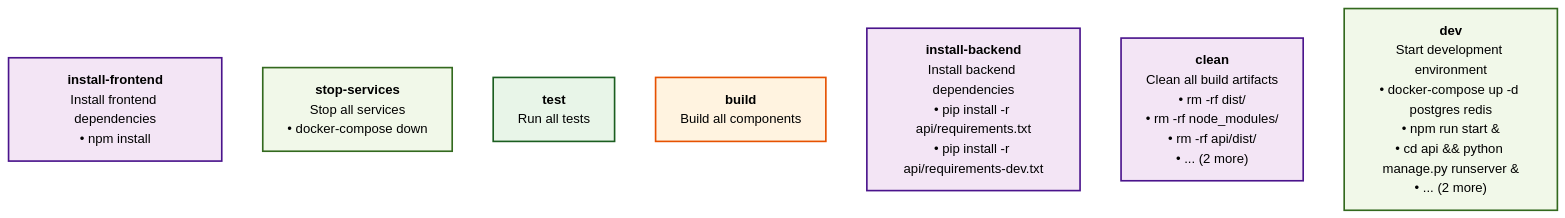
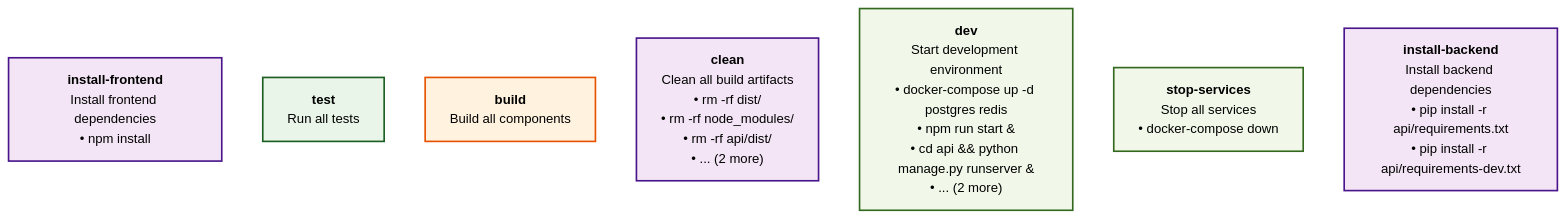
The diagram in examples/complex-webapp/.discovery/pipeline-analyzer/gotask/README.md (nichecode/pipeline-analyzer), drawn with Mermaid (forest theme) before and after one commit. The commit also changed other lines of this file and 20 other files, not shown here.

First line of the commit message:
Complete simple Mermaid diagram implementation for all supported tools

````diff
--- a/examples/complex-webapp/.discovery/pipeline-analyzer/gotask/README.md
+++ b/examples/complex-webapp/.discovery/pipeline-analyzer/gotask/README.md
@@ -16,50 +16,50 @@
 ```mermaid
 flowchart TD
     INSTALL_FRONTEND["`**install-frontend**
 Install frontend dependencies
 • npm install
 `"]
-    STOP_SERVICES["`**stop-services**
-Stop all services
-• docker-compose down
-`"]
     TEST["`**test**
 Run all tests
 `"]
     BUILD["`**build**
 Build all components
-`"]
-    INSTALL_BACKEND["`**install-backend**
-Install backend dependencies
-• pip install -r api/requirements.txt
-• pip install -r api/requirements-dev.txt
 `"]
     CLEAN["`**clean**
 Clean all build artifacts
 • rm -rf dist/
 • rm -rf node_modules/
 • rm -rf api/dist/
 • ... (2 more)
 `"]
     DEV["`**dev**
 Start development environment
 • docker-compose up -d postgres redis
 • npm run start &
 • cd api && python manage.py runserver &
 • ... (2 more)
 `"]
+    STOP_SERVICES["`**stop-services**
+Stop all services
+• docker-compose down
+`"]
+    INSTALL_BACKEND["`**install-backend**
+Install backend dependencies
+• pip install -r api/requirements.txt
+• pip install -r api/requirements-dev.txt
+`"]
 
     classDef workflow fill:#e1f5fe,stroke:#01579b,stroke-width:3px
     classDef setup fill:#f3e5f5,stroke:#4a148c,stroke-width:2px
     classDef test fill:#e8f5e8,stroke:#1b5e20,stroke-width:2px
     classDef build fill:#fff3e0,stroke:#e65100,stroke-width:2px
     classDef deploy fill:#e0f2f1,stroke:#004d40,stroke-width:2px
     classDef utility fill:#f1f8e9,stroke:#33691e,stroke-width:2px
     class INSTALL_FRONTEND setup
-    class STOP_SERVICES utility
     class TEST test
     class BUILD build
-    class INSTALL_BACKEND setup
     class CLEAN setup
     class DEV utility
+    class STOP_SERVICES utility
+    class INSTALL_BACKEND setup
 ```
````
